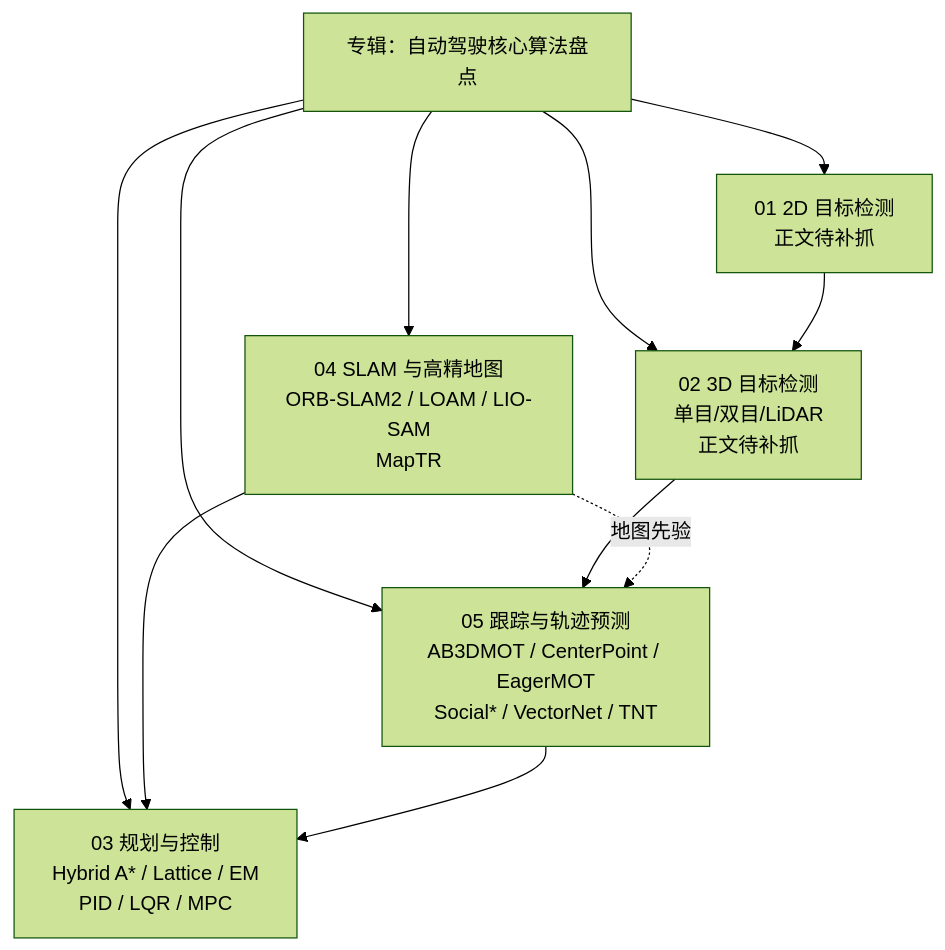
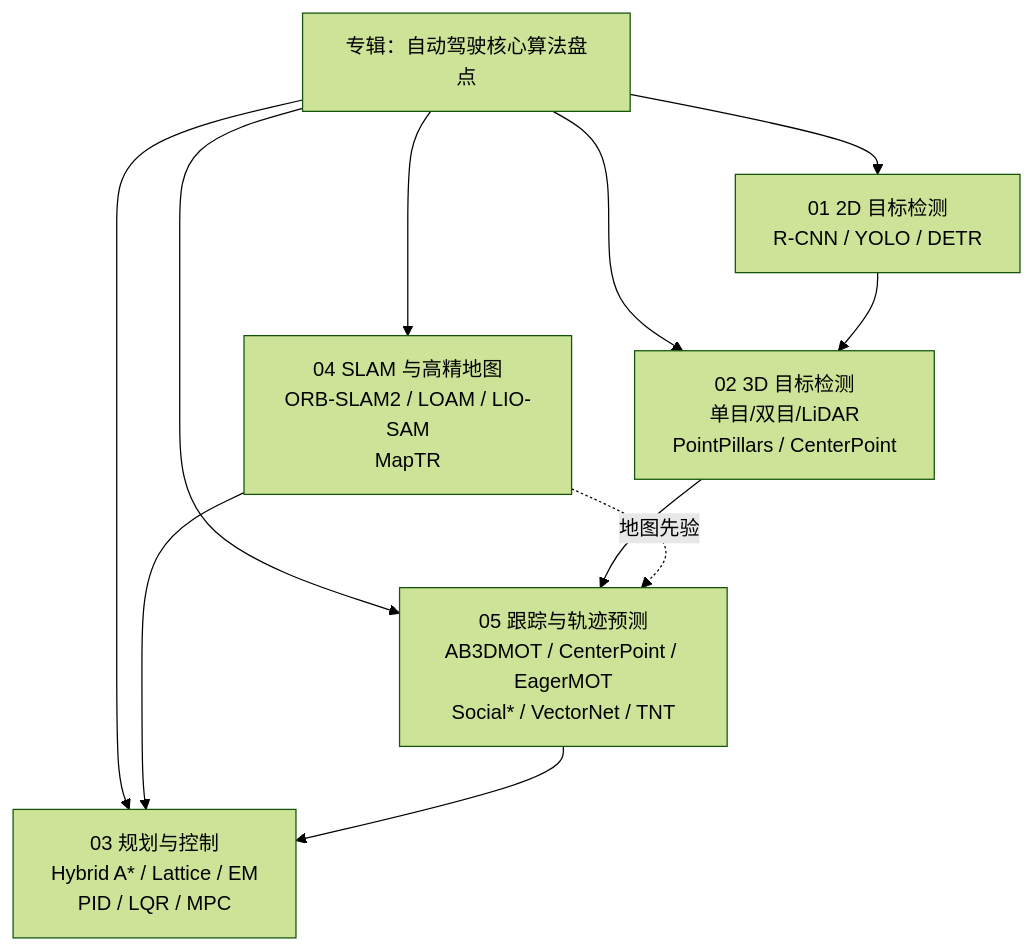
One commit to ImChong/Robotics_Notebooks changed the diagram in wiki/overview/autonomous-driving-core-algorithms-series.md. Above: the diagram before and after it, drawn with Mermaid (forest theme). The commit also changed other lines of this file and 16 other files, not shown here.

````diff
--- a/wiki/overview/autonomous-driving-core-algorithms-series.md
+++ b/wiki/overview/autonomous-driving-core-algorithms-series.md
@@ -53,14 +55,14 @@
 ```mermaid
 flowchart TB
   A["专辑：自动驾驶核心算法盘点"]
-  A --> P1["01 2D 目标检测<br/>正文待补抓"]
-  A --> P2["02 3D 目标检测<br/>单目/双目/LiDAR<br/>正文待补抓"]
+  A --> P1["01 2D 目标检测<br/>R-CNN / YOLO / DETR"]
+  A --> P2["02 3D 目标检测<br/>单目/双目/LiDAR<br/>PointPillars / CenterPoint"]
   A --> P3["03 规划与控制<br/>Hybrid A* / Lattice / EM<br/>PID / LQR / MPC"]
   A --> P4["04 SLAM 与高精地图<br/>ORB-SLAM2 / LOAM / LIO-SAM<br/>MapTR"]
   A --> P5["05 跟踪与轨迹预测<br/>AB3DMOT / CenterPoint / EagerMOT<br/>Social* / VectorNet / TNT"]
   P1 --> P2
   P2 --> P5
   P4 --> P3
   P5 --> P3
   P4 -.->|"地图先验"| P5
 ```
````
